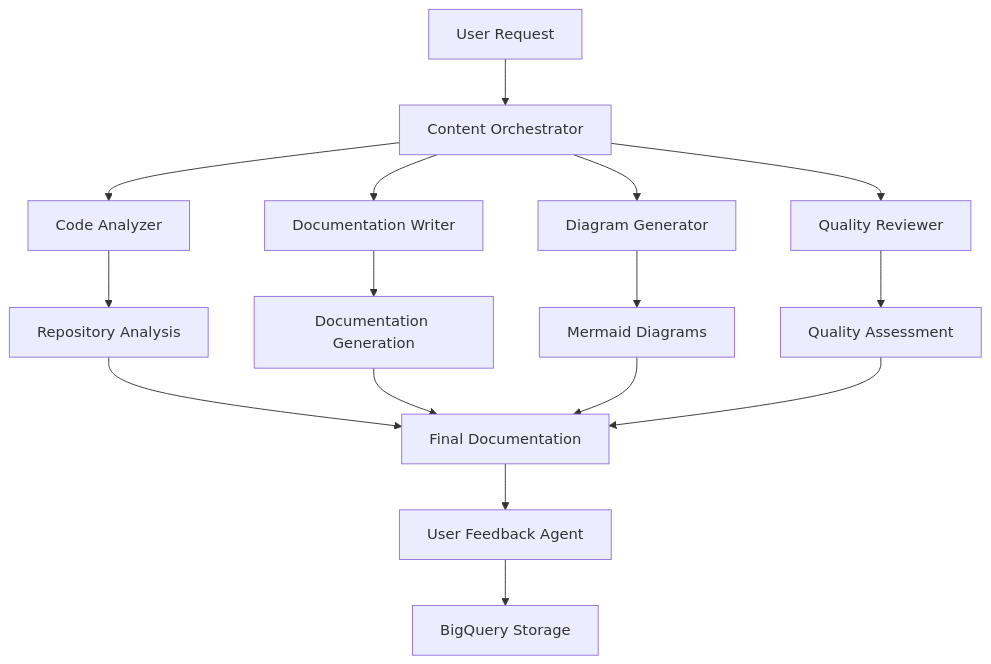
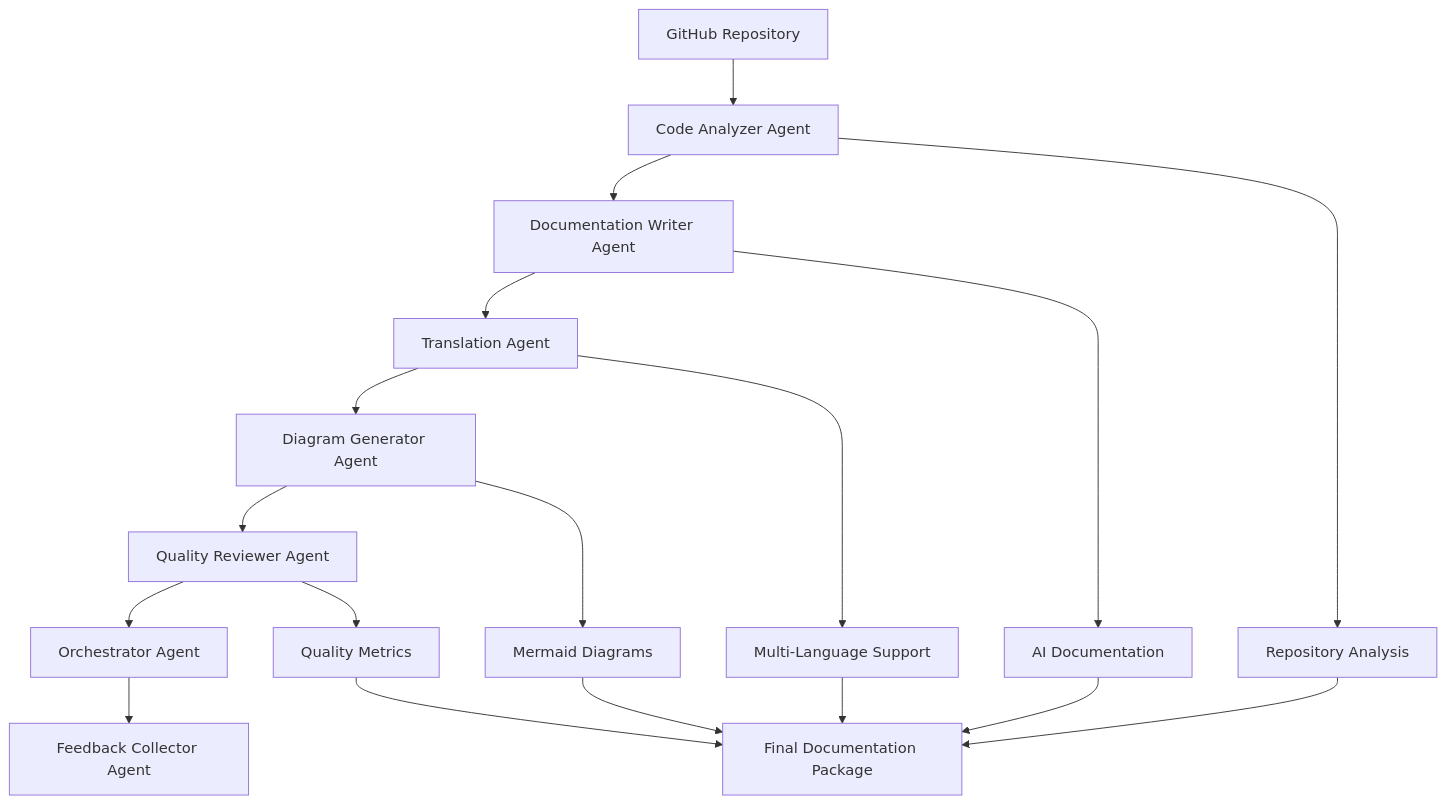
One commit to iamredencio/technical-documentation-suite changed the diagram in README.md. Above: the diagram before and after it, drawn with Mermaid. The commit also changed other lines of this file and 83 other files, not shown here.

````diff
--- a/README.md
+++ b/README.md
@@ -25,21 +28,22 @@
 ```mermaid
 graph TD
-    A[User Request] --> B[Content Orchestrator]
-    B --> C[Code Analyzer]
-    B --> D[Documentation Writer]
-    B --> E[Diagram Generator]
-    B --> F[Quality Reviewer]
+    A[GitHub Repository] --> B[Code Analyzer Agent]
+    B --> C[Documentation Writer Agent]
+    C --> D[Translation Agent]
+    D --> E[Diagram Generator Agent]
+    E --> F[Quality Reviewer Agent]
+    F --> G[Orchestrator Agent]
+    G --> H[Feedback Collector Agent]
     
-    C --> G[Repository Analysis]
-    D --> H[Documentation Generation]
-    E --> I[Mermaid Diagrams]
-    F --> J[Quality Assessment]
+    B --> I[Repository Analysis]
+    C --> J[AI Documentation]
+    D --> K[Multi-Language Support]
+    E --> L[Mermaid Diagrams]
+    F --> M[Quality Metrics]
     
-    G --> K[Final Documentation]
-    H --> K
-    I --> K
-    J --> K
-    
-    K --> L[User Feedback Agent]
-    L --> M[BigQuery Storage]
+    I --> N[Final Documentation Package]
+    J --> N
+    K --> N
+    L --> N
+    M --> N
 ```
````
